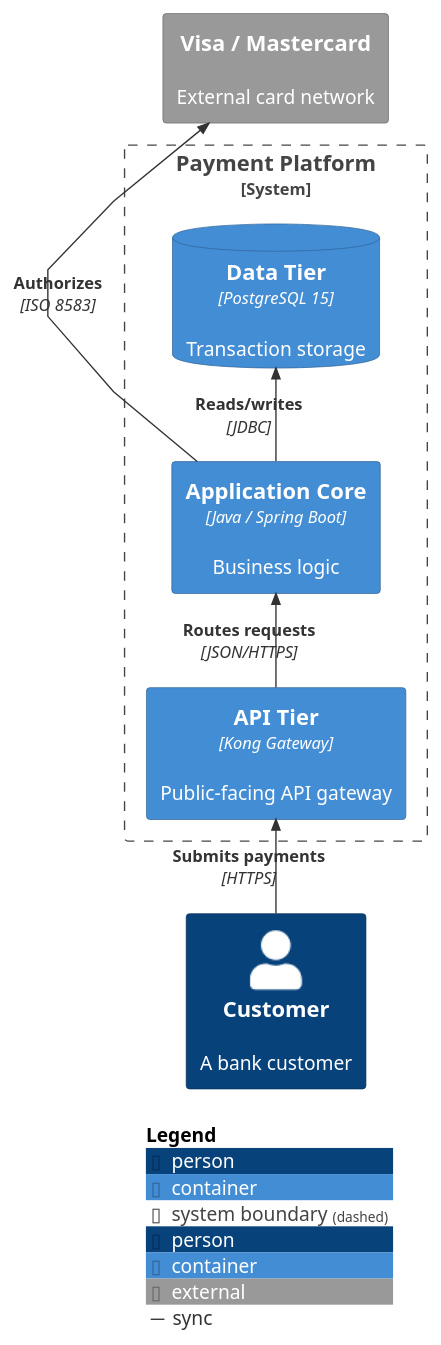
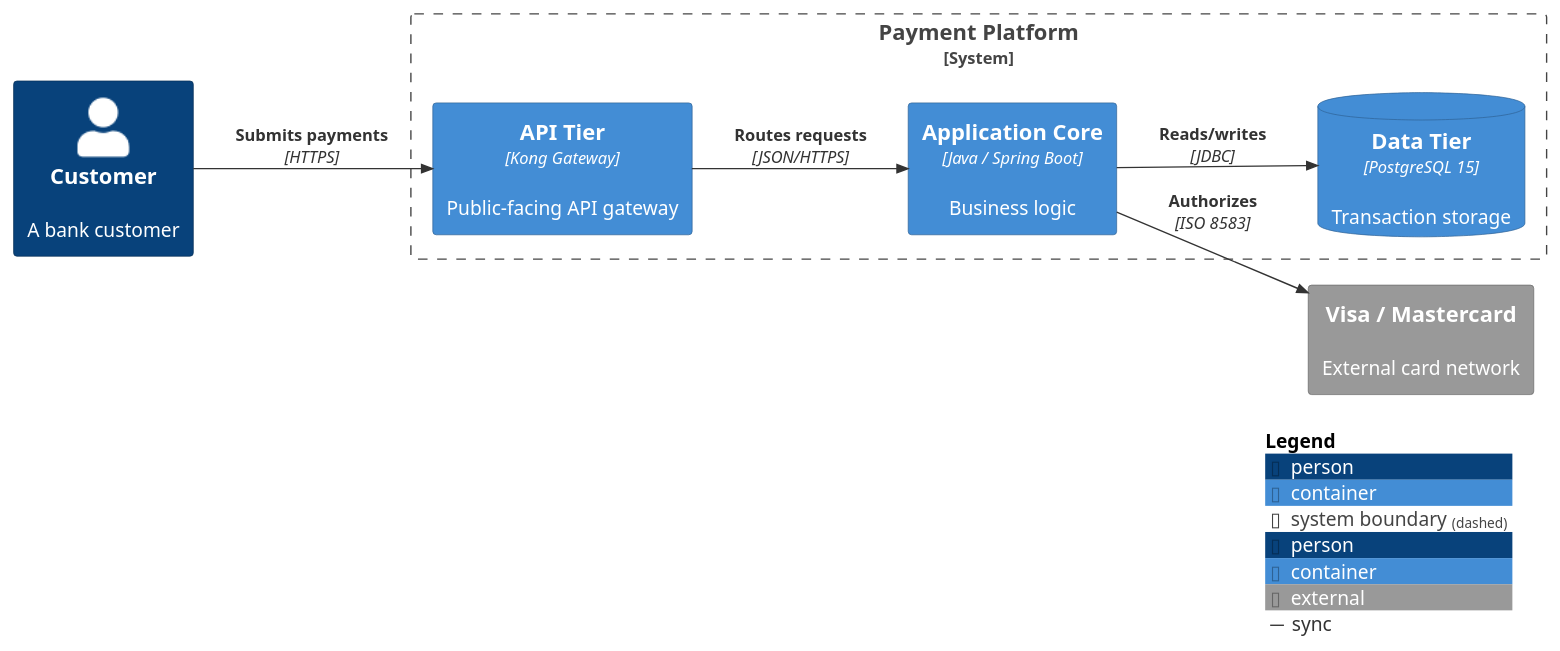
The second of 2 diagrams in .github/agents/diagram-plantuml.agent.md (Michael-JRead/Doc2ArchAgent), drawn with PlantUML before and after one commit. The commit also changed other lines of this file, not shown here.

First line of the commit message:
Add Creole escaping, fix layout direction, add boundary gotchas

````diff
--- a/.github/agents/diagram-plantuml.agent.md
+++ b/.github/agents/diagram-plantuml.agent.md
@@ -450,38 +485,38 @@
 ```plantuml
 @startuml
 ' Payment Processing Platform — Container Diagram
 ' Generated: 2026-03-31T12:00:00Z
 
 !include <C4/C4_Container>
 
 skinparam wrapWidth 200
 skinparam linetype polyline
 
-LAYOUT_LEFT_RIGHT()
+LAYOUT_LANDSCAPE()
 HIDE_STEREOTYPE()
 
 AddElementTag("person", $bgColor="#08427b", $fontColor="#ffffff", $borderColor="#052e56")
 AddElementTag("container", $bgColor="#438DD5", $fontColor="#ffffff", $borderColor="#2E6295")
 AddElementTag("external", $bgColor="#999999", $fontColor="#ffffff", $borderColor="#666666")
 
 AddRelTag("sync", $textColor="#333333", $lineColor="#333333")
 AddRelTag("async", $textColor="#666666", $lineColor="#666666", $lineStyle=DashedLine())
 
 Person(customer, "Customer", "A bank customer", $tags="person")
 
 System_Boundary(payment_platform, "Payment Platform") {
     Container(api_tier, "API Tier", "Kong Gateway", "Public-facing API gateway", $tags="container")
     Container(app_core, "Application Core", "Java / Spring Boot", "Business logic", $tags="container")
     ContainerDb(data_tier, "Data Tier", "PostgreSQL 15", "Transaction storage", $tags="container")
 }
 
 System_Ext(card_network, "Visa / Mastercard", "External card network", $tags="external")
 
 Rel_R(customer, api_tier, "Submits payments", "HTTPS", $tags="sync")
 Rel_R(api_tier, app_core, "Routes requests", "JSON/HTTPS", $tags="sync")
 Rel_R(app_core, data_tier, "Reads/writes", "JDBC", $tags="sync")
 Rel_R(app_core, card_network, "Authorizes", "ISO 8583", $tags="sync")
 
 SHOW_LEGEND()
 @enduml
 ```
````
